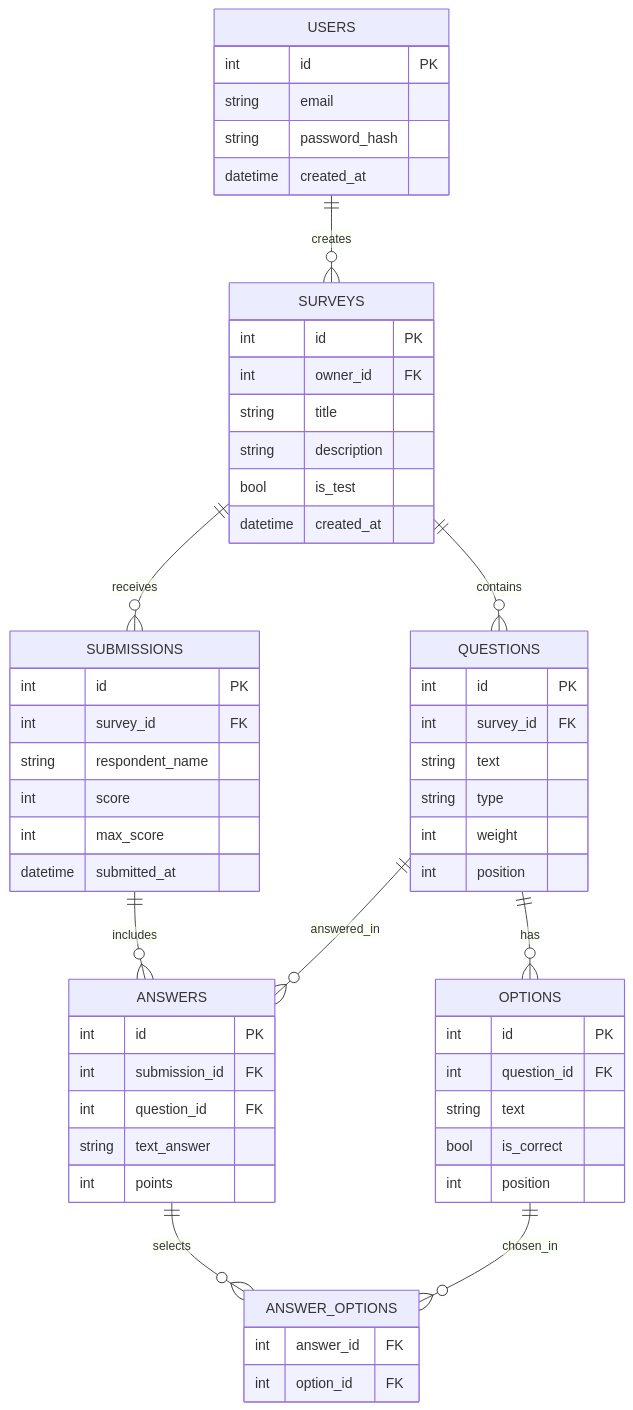
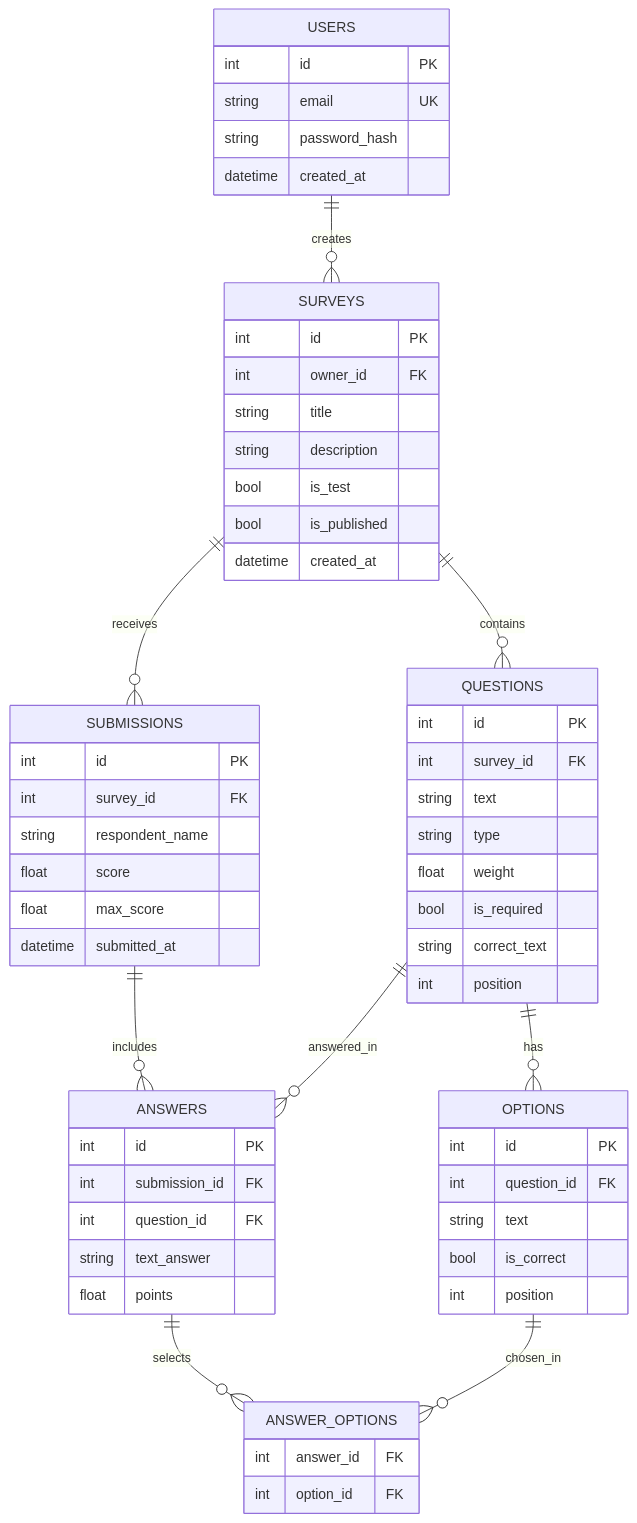
Before and after one commit to Kirillahh/Project_NIR: the diagram in README.md, drawn with Mermaid.

Commit message:
Update diagram in README.md

````diff
--- a/README.md
+++ b/README.md
@@ -78,60 +78,63 @@
 ```mermaid
 erDiagram
     USERS ||--o{ SURVEYS : creates
     SURVEYS ||--o{ QUESTIONS : contains
     QUESTIONS ||--o{ OPTIONS : has
     SURVEYS ||--o{ SUBMISSIONS : receives
     SUBMISSIONS ||--o{ ANSWERS : includes
     QUESTIONS ||--o{ ANSWERS : answered_in
     ANSWERS ||--o{ ANSWER_OPTIONS : selects
     OPTIONS ||--o{ ANSWER_OPTIONS : chosen_in
 
     USERS {
         int id PK
-        string email
+        string email UK
         string password_hash
         datetime created_at
     }
     SURVEYS {
         int id PK
         int owner_id FK
         string title
         string description
         bool is_test
+        bool is_published
         datetime created_at
     }
     QUESTIONS {
         int id PK
         int survey_id FK
         string text
         string type
-        int weight
+        float weight
+        bool is_required
+        string correct_text
         int position
     }
     OPTIONS {
         int id PK
         int question_id FK
         string text
         bool is_correct
         int position
     }
     SUBMISSIONS {
         int id PK
         int survey_id FK
         string respondent_name
-        int score
-        int max_score
+        float score
+        float max_score
         datetime submitted_at
     }
     ANSWERS {
         int id PK
         int submission_id FK
         int question_id FK
         string text_answer
-        int points
+        float points
     }
     ANSWER_OPTIONS {
         int answer_id FK
         int option_id FK
     }
 ```
````
